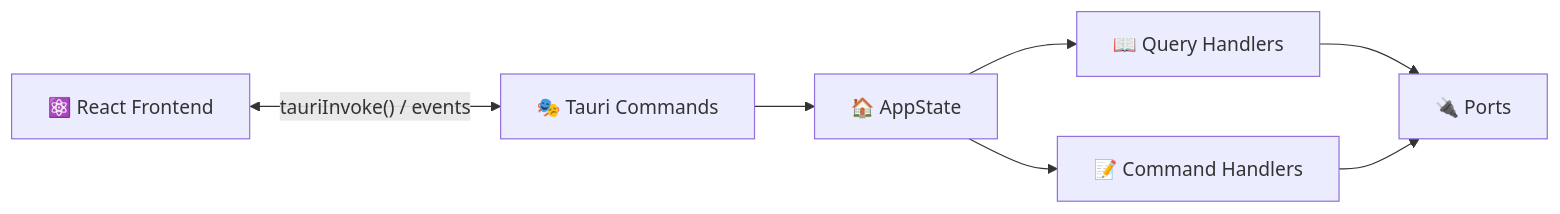
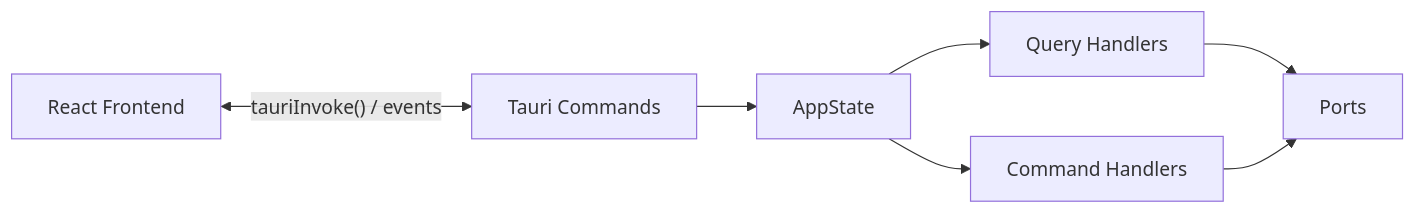
Before and after one commit to muchiny/wsl-dashboard: the diagram in src-tauri/src/presentation/README.md, drawn with Mermaid. The commit also changed other lines of this file and 10 other files, not shown here.

````diff
--- a/src-tauri/src/presentation/README.md
+++ b/src-tauri/src/presentation/README.md
@@ -11,9 +11,9 @@
 ```mermaid
 graph LR
-    FE["⚛️ React Frontend"] <-->|"tauriInvoke() / events"| CMD["🎭 Tauri Commands"]
-    CMD --> AS["🏠 AppState"]
-    AS --> QH["📖 Query Handlers"]
-    AS --> CH["📝 Command Handlers"]
-    QH --> P["🔌 Ports"]
+    FE["React Frontend"] <-->|"tauriInvoke() / events"| CMD["Tauri Commands"]
+    CMD --> AS["AppState"]
+    AS --> QH["Query Handlers"]
+    AS --> CH["Command Handlers"]
+    QH --> P["Ports"]
     CH --> P
 ```
````
